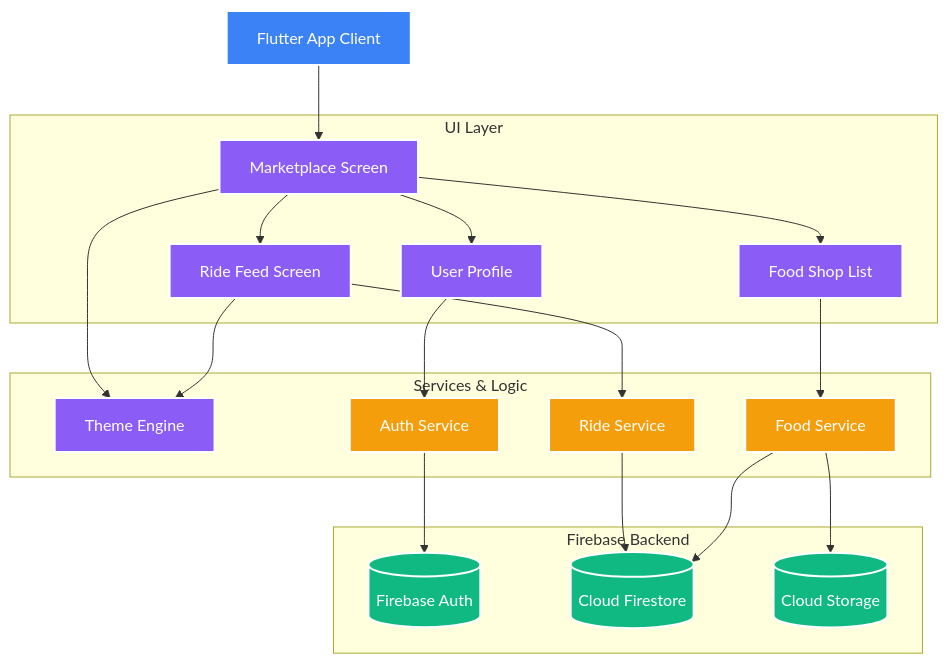
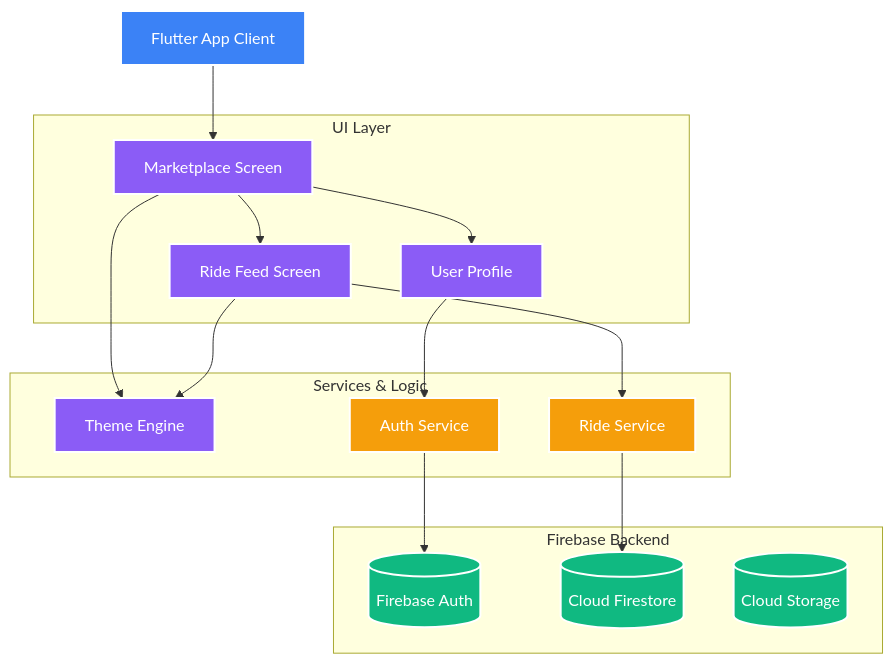
Before and after one commit to priyankarpadhy-eng/marketplace_app: the diagram in README.md, drawn with Mermaid. The commit also changed other lines of this file and 62 other files, not shown here.

````diff
--- a/README.md
+++ b/README.md
@@ -17,48 +16,42 @@
 ```mermaid
 graph TD
     %% Styling
     classDef client fill:#3B82F6,stroke:#fff,stroke-width:2px,color:#fff
     classDef ui fill:#8B5CF6,stroke:#fff,stroke-width:2px,color:#fff
     classDef backend fill:#F59E0B,stroke:#fff,stroke-width:2px,color:#fff
     classDef data fill:#10B981,stroke:#fff,stroke-width:2px,color:#fff
 
     Client[Flutter App Client]:::client
 
     subgraph UI Layer
         Marketplace[Marketplace Screen]:::ui
         RideFeed[Ride Feed Screen]:::ui
-        FoodShop[Food Shop List]:::ui
         Profile[User Profile]:::ui
     end
 
     subgraph Services & Logic
         AppTheme[Theme Engine]:::ui
         AuthService[Auth Service]:::backend
         RideService[Ride Service]:::backend
-        FoodService[Food Service]:::backend
     end
 
     subgraph Firebase Backend
         Auth[(Firebase Auth)]:::data
         Firestore[(Cloud Firestore)]:::data
         Storage[(Cloud Storage)]:::data
     end
 
     %% Connections
     Client --> Marketplace
     Marketplace --> RideFeed
-    Marketplace --> FoodShop
     Marketplace --> Profile
 
     RideFeed --> RideService
-    FoodShop --> FoodService
     Profile --> AuthService
     
     Marketplace --> AppTheme
     RideFeed --> AppTheme
 
     AuthService --> Auth
     RideService --> Firestore
-    FoodService --> Firestore
-    FoodService --> Storage
 ```
````
